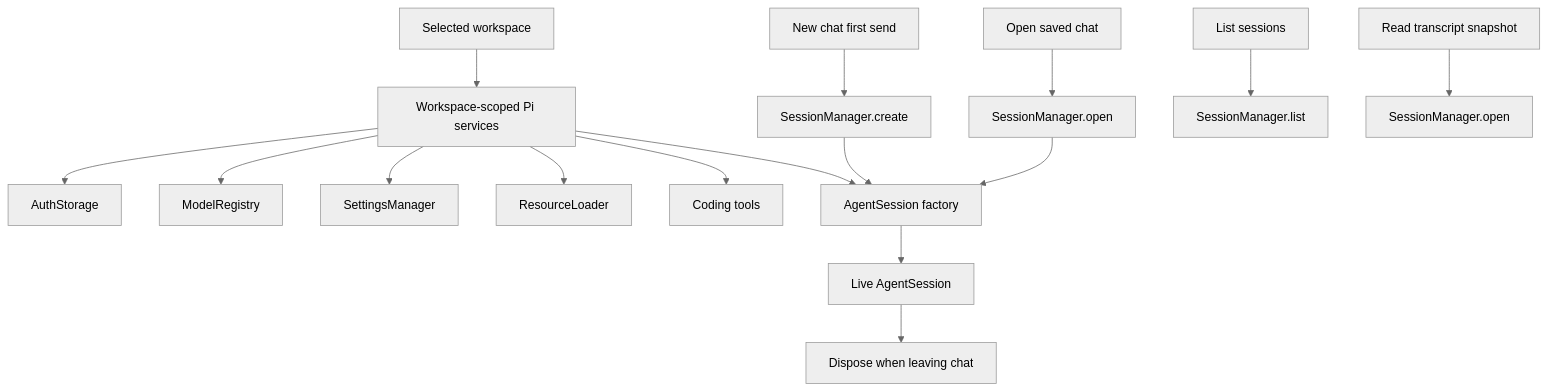
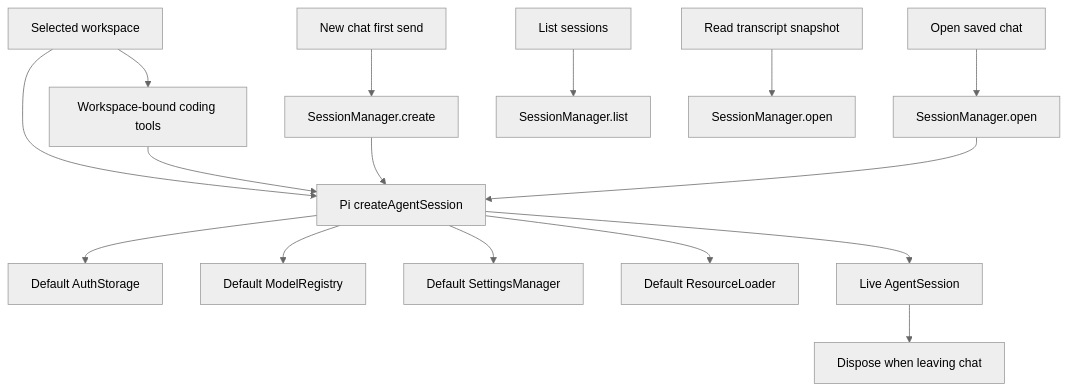
One commit to tanishqkancharla/halo-v2 changed the second of 2 diagrams in specs/direct-pi-session-stubs.md. Above: the diagram before and after it, drawn with Mermaid (neutral theme). The commit also changed other lines of this file, not shown here.

Commit message:
Revise Pi session plan to use SDK defaults

````diff
--- a/specs/direct-pi-session-stubs.md
+++ b/specs/direct-pi-session-stubs.md
@@ -24,18 +24,18 @@
 ```mermaid
 flowchart TD
-    W[Selected workspace] --> S[Workspace-scoped Pi services]
-    S --> A[AuthStorage]
-    S --> M[ModelRegistry]
-    S --> G[SettingsManager]
-    S --> R[ResourceLoader]
-    S --> T[Coding tools]
-    S --> F[AgentSession factory]
+    W[Selected workspace] --> F[Pi createAgentSession]
+    W --> T[Workspace-bound coding tools]
+    T --> F
+    F --> A[Default AuthStorage]
+    F --> M[Default ModelRegistry]
+    F --> G[Default SettingsManager]
+    F --> R[Default ResourceLoader]
     N[New chat first send] --> C[SessionManager.create]
     O[Open saved chat] --> P[SessionManager.open]
     C --> F
     P --> F
     F --> L[Live AgentSession]
     L --> D[Dispose when leaving chat]
     Q[List sessions] --> I[SessionManager.list]
     X[Read transcript snapshot] --> Y[SessionManager.open]
 ```
````
